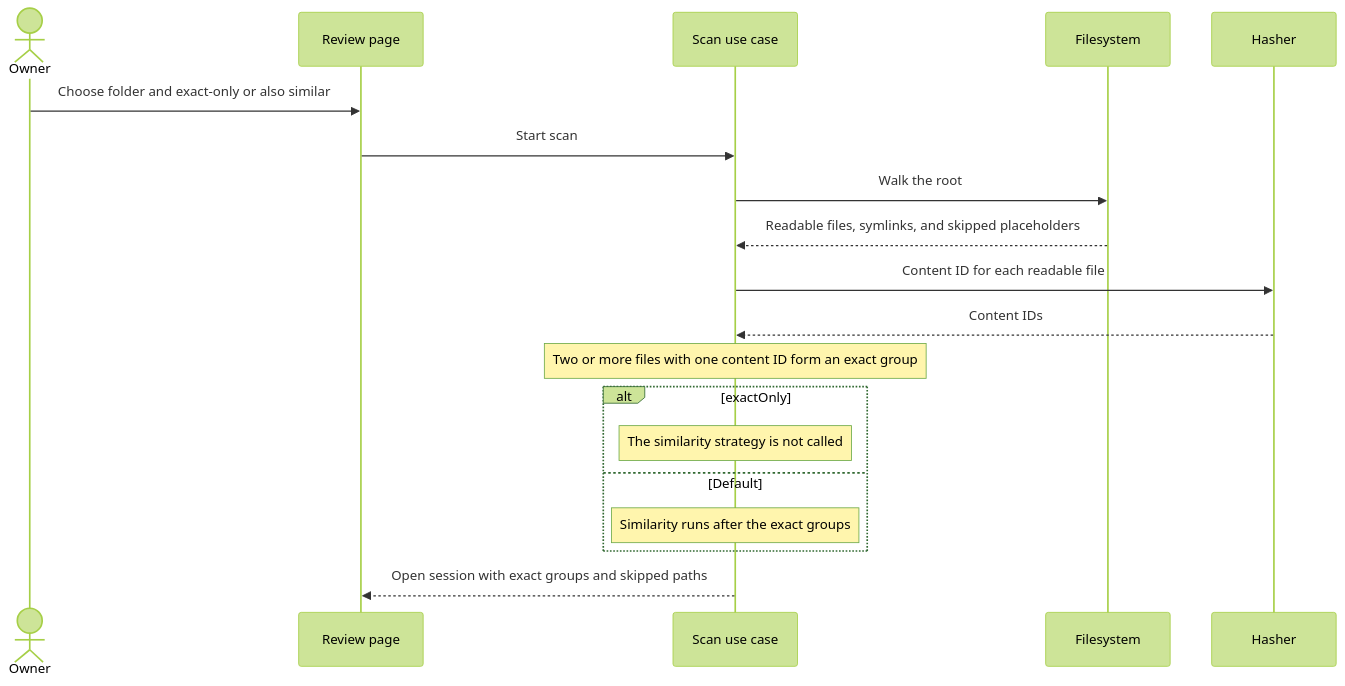
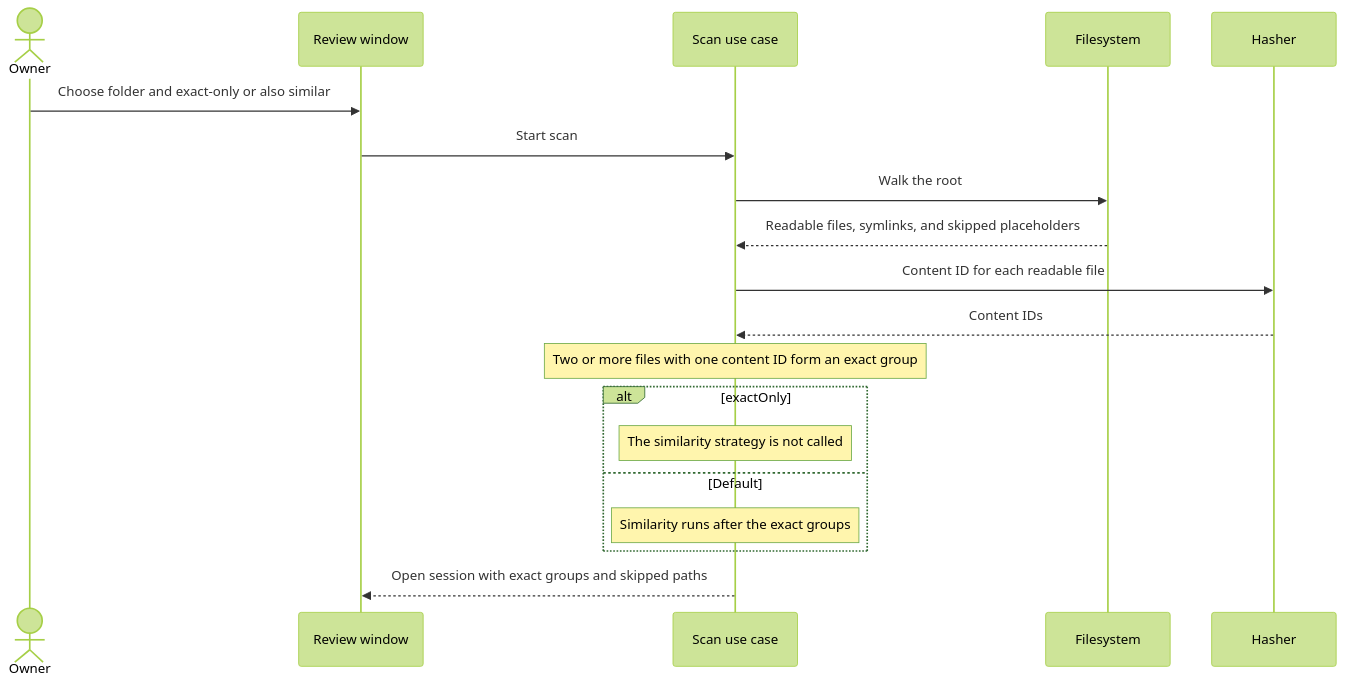
The second of 8 diagrams in docs/use-cases.md (cionz0/hdsort), drawn with Mermaid (forest theme) before and after one commit. The commit also changed other lines of this file and 27 other files, not shown here.

Commit message:
Open a native review window so a scan can show its progress.

````diff
--- a/docs/use-cases.md
+++ b/docs/use-cases.md
@@ -34,21 +34,21 @@
 ```mermaid
 sequenceDiagram
   actor Owner
-  participant Page as Review page
+  participant Window as Review window
   participant Scan as Scan use case
   participant Disk as Filesystem
   participant Hash as Hasher
-  Owner->>Page: Choose folder and exact-only or also similar
-  Page->>Scan: Start scan
+  Owner->>Window: Choose folder and exact-only or also similar
+  Window->>Scan: Start scan
   Scan->>Disk: Walk the root
   Disk-->>Scan: Readable files, symlinks, and skipped placeholders
   Scan->>Hash: Content ID for each readable file
   Hash-->>Scan: Content IDs
   Note over Scan: Two or more files with one content ID form an exact group
   alt exactOnly
     Note over Scan: The similarity strategy is not called
   else Default
     Note over Scan: Similarity runs after the exact groups
   end
-  Scan-->>Page: Open session with exact groups and skipped paths
+  Scan-->>Window: Open session with exact groups and skipped paths
 ```
````
